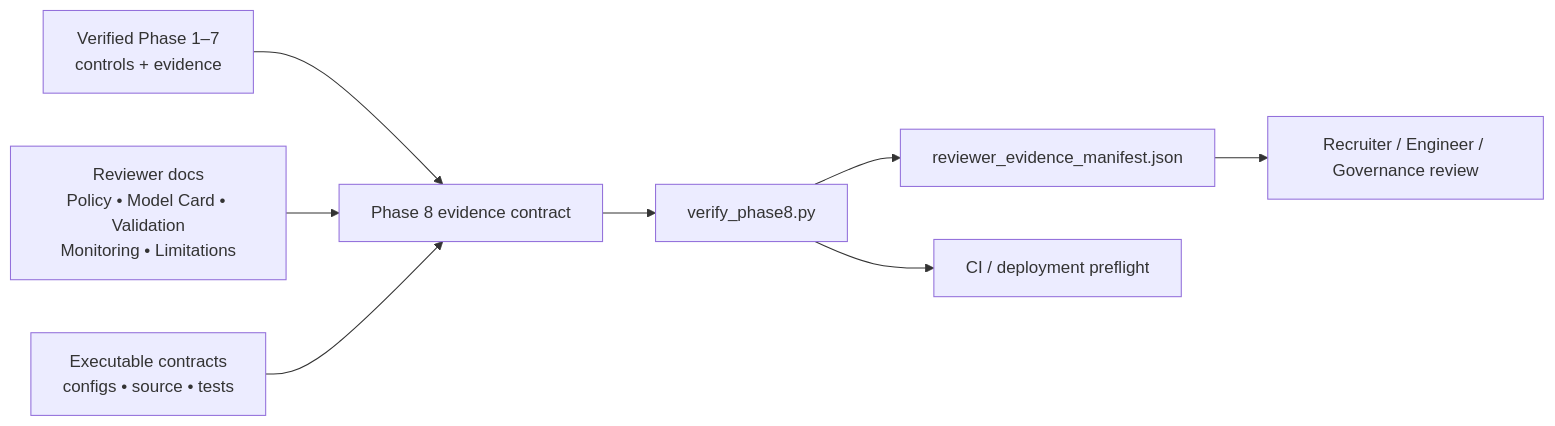
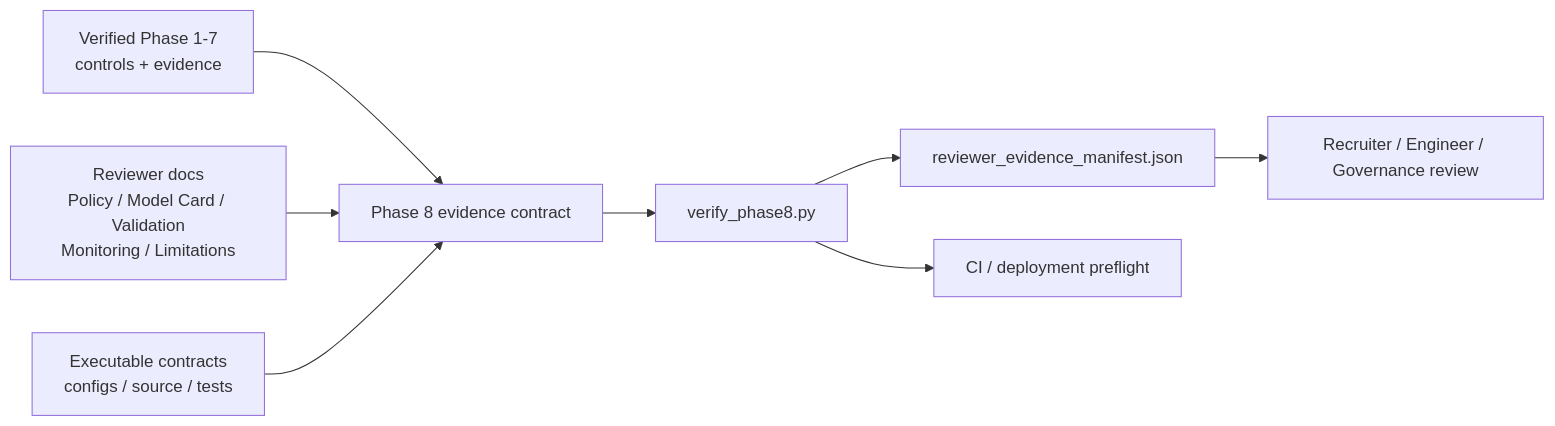
Before and after one commit to Parmodk2310/CreditScorev4-ML-Governance: the diagram in docs/assets/diagrams/phase8-governance-evidence.mmd, drawn with Mermaid. The commit also changed 8 other files, not shown here.

Commit message:
fix: harden diagram and release metadata contracts

```diff
--- a/docs/assets/diagrams/phase8-governance-evidence.mmd
+++ b/docs/assets/diagrams/phase8-governance-evidence.mmd
@@ -1,8 +1,8 @@
 flowchart LR
-  A[Verified Phase 1–7\ncontrols + evidence] --> D[Phase 8 evidence contract]
-  B[Reviewer docs\nPolicy • Model Card • Validation\nMonitoring • Limitations] --> D
-  C[Executable contracts\nconfigs • source • tests] --> D
-  D --> E[verify_phase8.py]
-  E --> F[reviewer_evidence_manifest.json]
-  F --> G[Recruiter / Engineer / Governance review]
-  E --> H[CI / deployment preflight]
+  A["Verified Phase 1-7<br/>controls + evidence"] --> D["Phase 8 evidence contract"]
+  B["Reviewer docs<br/>Policy / Model Card / Validation<br/>Monitoring / Limitations"] --> D
+  C["Executable contracts<br/>configs / source / tests"] --> D
+  D --> E["verify_phase8.py"]
+  E --> F["reviewer_evidence_manifest.json"]
+  F --> G["Recruiter / Engineer / Governance review"]
+  E --> H["CI / deployment preflight"]
```
